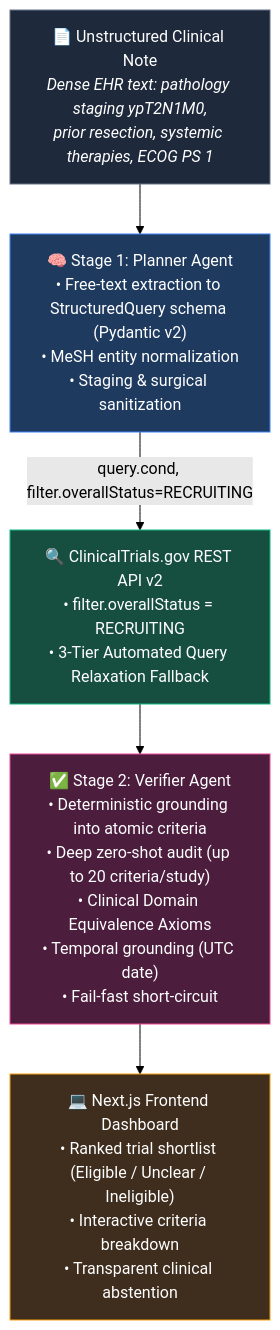
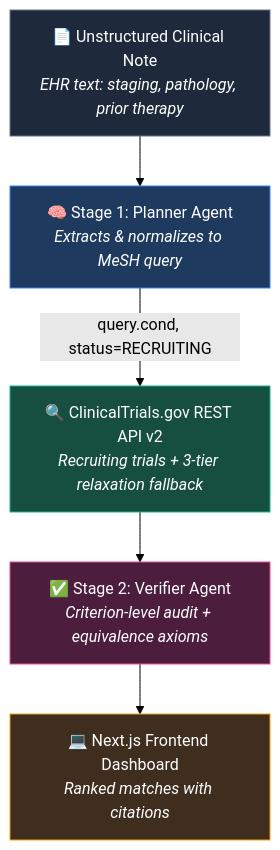
Before and after one commit to snhaal/clinical-evidence-navigator: the diagram in README.md, drawn with Mermaid (forest theme). The commit also changed other lines of this file, not shown here.

````diff
--- a/README.md
+++ b/README.md
@@ -27,23 +26,23 @@
 ```mermaid
 flowchart TD
-    A["📄 Unstructured Clinical Note<br/><i>Dense EHR text: pathology staging ypT2N1M0,<br/>prior resection, systemic therapies, ECOG PS 1</i>"]
+    A["📄 Unstructured Clinical Note<br/><i>EHR text: staging, pathology, prior therapy</i>"]
 
-    B["🧠 Stage 1: Planner Agent<br/>• Free-text extraction to StructuredQuery schema (Pydantic v2)<br/>• MeSH entity normalization<br/>• Staging & surgical sanitization"]
+    B["🧠 Stage 1: Planner Agent<br/><i>Extracts & normalizes to MeSH query</i>"]
 
-    C["🔍 ClinicalTrials.gov REST API v2<br/>• filter.overallStatus = RECRUITING<br/>• 3-Tier Automated Query Relaxation Fallback"]
+    C["🔍 ClinicalTrials.gov REST API v2<br/><i>Recruiting trials + 3-tier relaxation fallback</i>"]
 
-    D["✅ Stage 2: Verifier Agent<br/>• Deterministic grounding into atomic criteria<br/>• Deep zero-shot audit (up to 20 criteria/study)<br/>• Clinical Domain Equivalence Axioms<br/>• Temporal grounding (UTC date)<br/>• Fail-fast short-circuit"]
+    D["✅ Stage 2: Verifier Agent<br/><i>Criterion-level audit + equivalence axioms</i>"]
 
-    E["💻 Next.js Frontend Dashboard<br/>• Ranked trial shortlist (Eligible / Unclear / Ineligible)<br/>• Interactive criteria breakdown<br/>• Transparent clinical abstention"]
+    E["💻 Next.js Frontend Dashboard<br/><i>Ranked matches with citations</i>"]
 
     A --> B
-    B -->|"query.cond, filter.overallStatus=RECRUITING"| C
+    B -->|"query.cond, status=RECRUITING"| C
     C --> D
     D --> E
 
     style A fill:#1e293b,stroke:#64748b,color:#fff
     style B fill:#1e3a5f,stroke:#3b82f6,color:#fff
     style C fill:#164e3f,stroke:#10b981,color:#fff
     style D fill:#4c1d3d,stroke:#ec4899,color:#fff
     style E fill:#3f2d1e,stroke:#f59e0b,color:#fff
 ```
````
